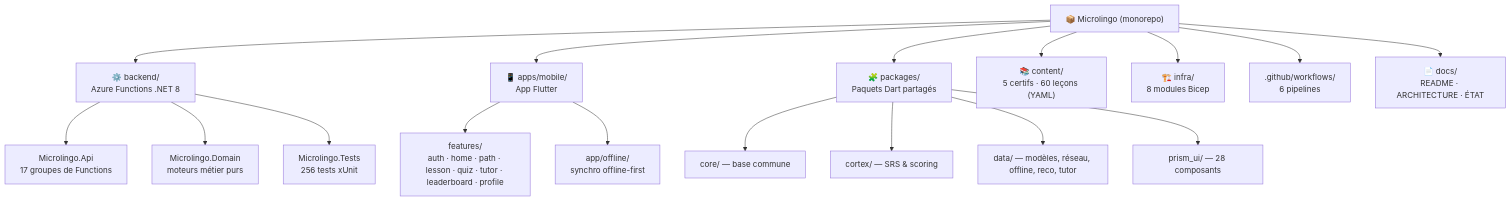
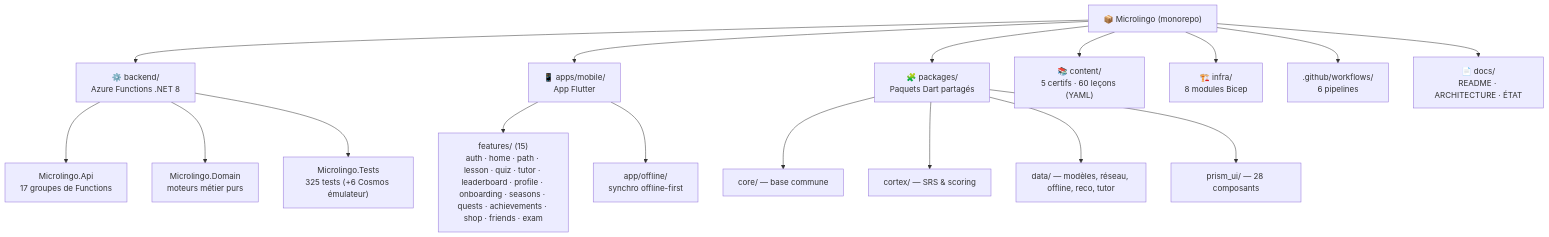
The first of 5 diagrams in docs/ETAT_DU_PROJET.md (gaby27072001/certigo), drawn with Mermaid before and after one commit. The commit also changed other lines of this file and 32 other files, not shown here.

First line of the commit message:
feat(mobile+tests): branche les ecrans gamification + scaffolding tests integration Cosmos

````diff
--- a/docs/ETAT_DU_PROJET.md
+++ b/docs/ETAT_DU_PROJET.md
@@ -60,24 +60,24 @@
 ```mermaid
 graph TD
     ROOT["📦 Microlingo (monorepo)"]
 
     ROOT --> BE["⚙️ backend/<br/>Azure Functions .NET 8"]
     ROOT --> APP["📱 apps/mobile/<br/>App Flutter"]
     ROOT --> PKG["🧩 packages/<br/>Paquets Dart partagés"]
     ROOT --> CNT["📚 content/<br/>5 certifs · 60 leçons (YAML)"]
     ROOT --> INF["🏗️ infra/<br/>8 modules Bicep"]
     ROOT --> CI[".github/workflows/<br/>6 pipelines"]
     ROOT --> DOC["📄 docs/<br/>README · ARCHITECTURE · ÉTAT"]
 
     BE --> API["Microlingo.Api<br/>17 groupes de Functions"]
     BE --> DOM["Microlingo.Domain<br/>moteurs métier purs"]
-    BE --> TST["Microlingo.Tests<br/>256 tests xUnit"]
+    BE --> TST["Microlingo.Tests<br/>325 tests (+6 Cosmos émulateur)"]
 
     PKG --> CORE["core/ — base commune"]
     PKG --> CORTEX["cortex/ — SRS & scoring"]
     PKG --> DATA["data/ — modèles, réseau, offline, reco, tutor"]
     PKG --> PRISM["prism_ui/ — 28 composants"]
 
-    APP --> FEAT["features/<br/>auth · home · path · lesson · quiz · tutor · leaderboard · profile"]
+    APP --> FEAT["features/ (15)<br/>auth · home · path · lesson · quiz · tutor · leaderboard · profile · onboarding · seasons · quests · achievements · shop · friends · exam"]
     APP --> OFF["app/offline/<br/>synchro offline-first"]
 ```
````
